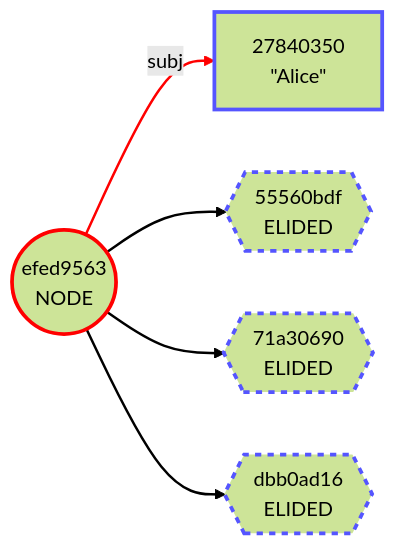
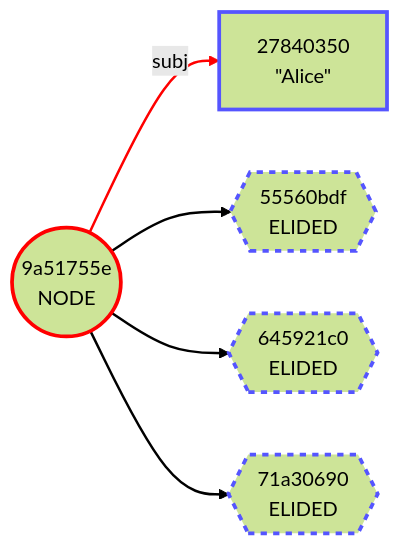
Before and after one commit to BlockchainCommons/BCSwiftSecureComponents: diagram 13 of 24 in Docs/04-OUTPUT-FORMATS.md, drawn with Mermaid (forest theme). The commit also changed other lines of this file and 6 other files, not shown here.

````diff
--- a/Docs/04-OUTPUT-FORMATS.md
+++ b/Docs/04-OUTPUT-FORMATS.md
@@ -297,21 +542,21 @@
 ```mermaid
 graph LR
-    1(("efed9563<br/>NODE"))
+    1(("9a51755e<br/>NODE"))
     2["27840350<br/>#quot;Alice#quot;"]
     3{{"55560bdf<br/>ELIDED"}}
-    4{{"71a30690<br/>ELIDED"}}
-    5{{"dbb0ad16<br/>ELIDED"}}
+    4{{"645921c0<br/>ELIDED"}}
+    5{{"71a30690<br/>ELIDED"}}
     1 -->|subj| 2
     1 --> 3
     1 --> 4
     1 --> 5
     style 1 stroke:red,stroke-width:3.0px
     style 2 stroke:#55f,stroke-width:3.0px
     style 3 stroke:#55f,stroke-width:3.0px,stroke-dasharray:5.0 5.0
     style 4 stroke:#55f,stroke-width:3.0px,stroke-dasharray:5.0 5.0
     style 5 stroke:#55f,stroke-width:3.0px,stroke-dasharray:5.0 5.0
     linkStyle 0 stroke:red,stroke-width:2.0px
     linkStyle 1 stroke-width:2.0px
     linkStyle 2 stroke-width:2.0px
     linkStyle 3 stroke-width:2.0px
 ```
````
